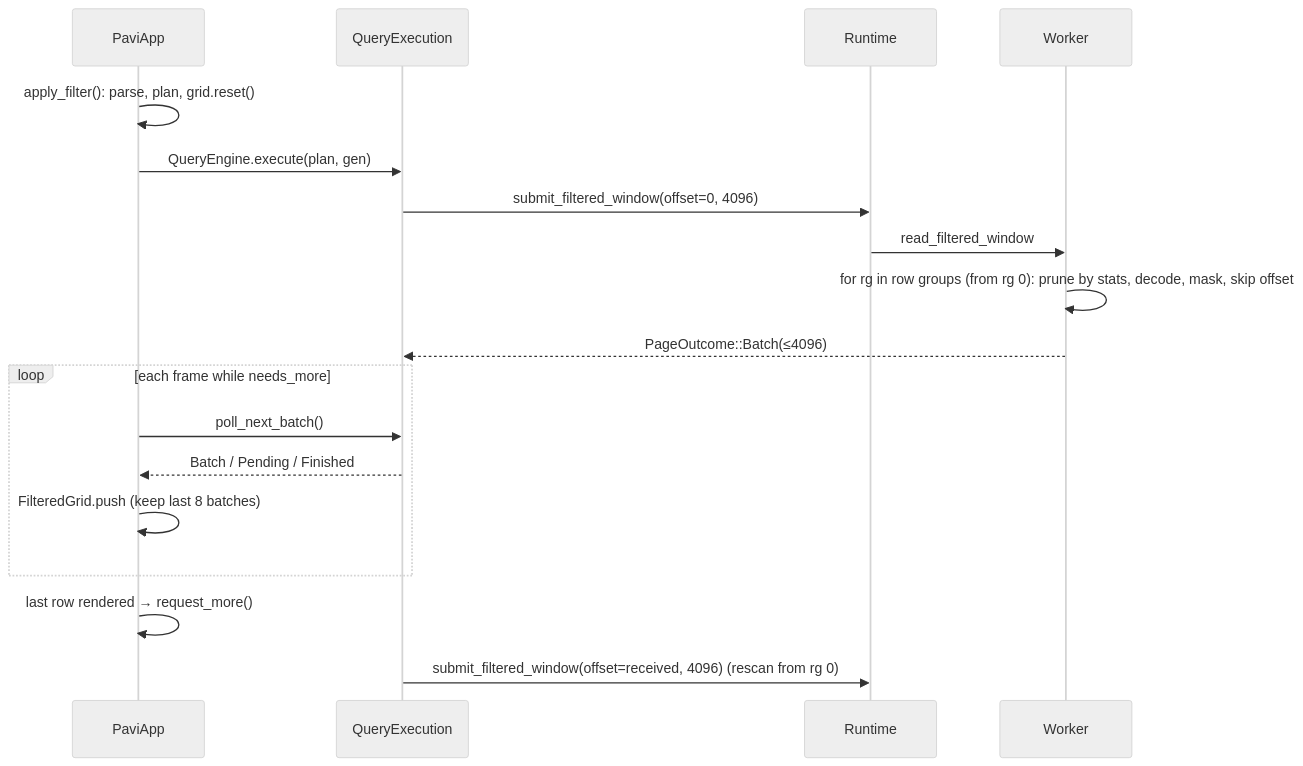
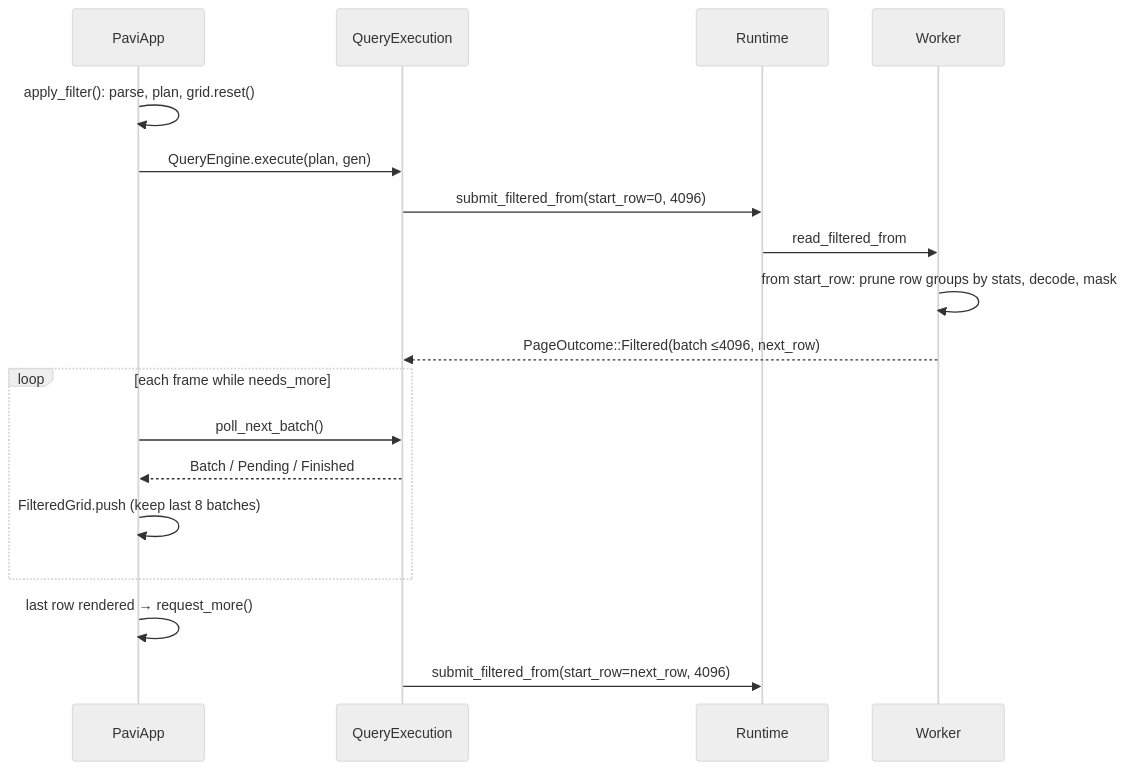
The fourth of 11 diagrams in docs/ARCHITECTURE.md (elshanhsynv/pavi), drawn with Mermaid (neutral theme) before and after one commit. The commit also changed other lines of this file and 9 other files, not shown here.

````diff
--- a/docs/ARCHITECTURE.md
+++ b/docs/ARCHITECTURE.md
@@ -317,20 +318,20 @@
 ```mermaid
 sequenceDiagram
     participant UI as PaviApp
     participant Q as QueryExecution
     participant RT as Runtime
     participant W as Worker
     UI->>UI: apply_filter(): parse, plan, grid.reset()
     UI->>Q: QueryEngine.execute(plan, gen)
-    Q->>RT: submit_filtered_window(offset=0, 4096)
-    RT->>W: read_filtered_window
-    W->>W: for rg in row groups (from rg 0): prune by stats, decode, mask, skip offset
-    W-->>Q: PageOutcome::Batch(≤4096)
+    Q->>RT: submit_filtered_from(start_row=0, 4096)
+    RT->>W: read_filtered_from
+    W->>W: from start_row: prune row groups by stats, decode, mask
+    W-->>Q: PageOutcome::Filtered(batch ≤4096, next_row)
     loop each frame while needs_more
         UI->>Q: poll_next_batch()
         Q-->>UI: Batch / Pending / Finished
         UI->>UI: FilteredGrid.push (keep last 8 batches)
     end
     UI->>UI: last row rendered → request_more()
-    Q->>RT: submit_filtered_window(offset=received, 4096) (rescan from rg 0)
+    Q->>RT: submit_filtered_from(start_row=next_row, 4096)
 ```
````
